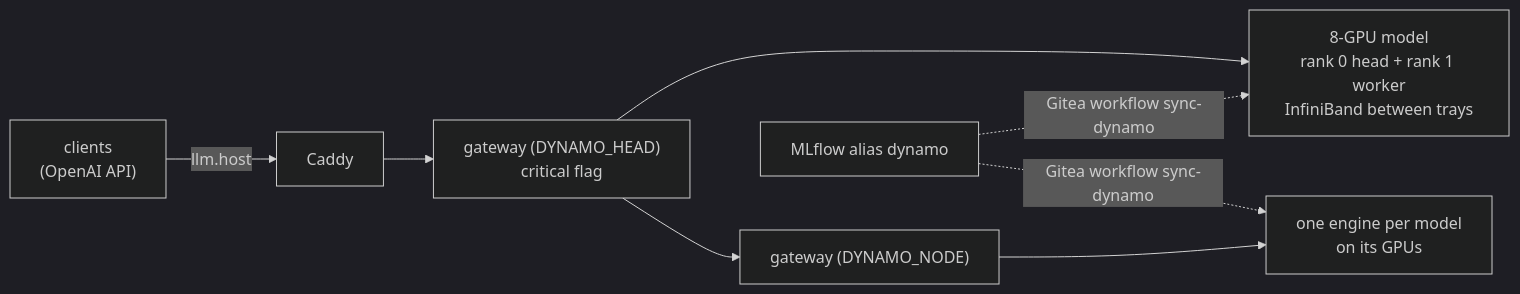
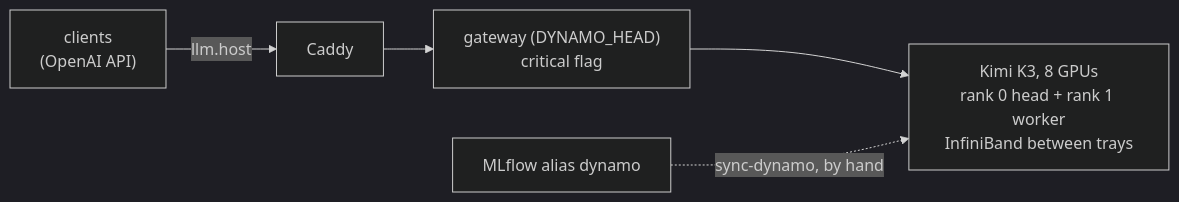
Before and after one commit to cnboonhan/data-flywheel: the diagram in services/dynamo/README.md, drawn with Mermaid (dark theme). The commit also changed other lines of this file and 7 other files, not shown here.

First line of the commit message:
dynamo on the two trays, Triton on its own node: configured, not deployed

````diff
--- a/services/dynamo/README.md
+++ b/services/dynamo/README.md
@@ -5,7 +5,6 @@
 ```mermaid
 flowchart LR
   C["clients<br/>(OpenAI API)"] -->|llm.host| Caddy --> G["gateway (DYNAMO_HEAD)<br/>critical flag"]
-  G --> T["8-GPU model<br/>rank 0 head + rank 1 worker<br/>InfiniBand between trays"]
-  G --> G2["gateway (DYNAMO_NODE)"] --> S["one engine per model<br/>on its GPUs"]
-  M["MLflow alias dynamo"] -.->|Gitea workflow sync-dynamo| T & S
+  G --> T["Kimi K3, 8 GPUs<br/>rank 0 head + rank 1 worker<br/>InfiniBand between trays"]
+  M["MLflow alias dynamo"] -.->|sync-dynamo, by hand| T
 ```
````
